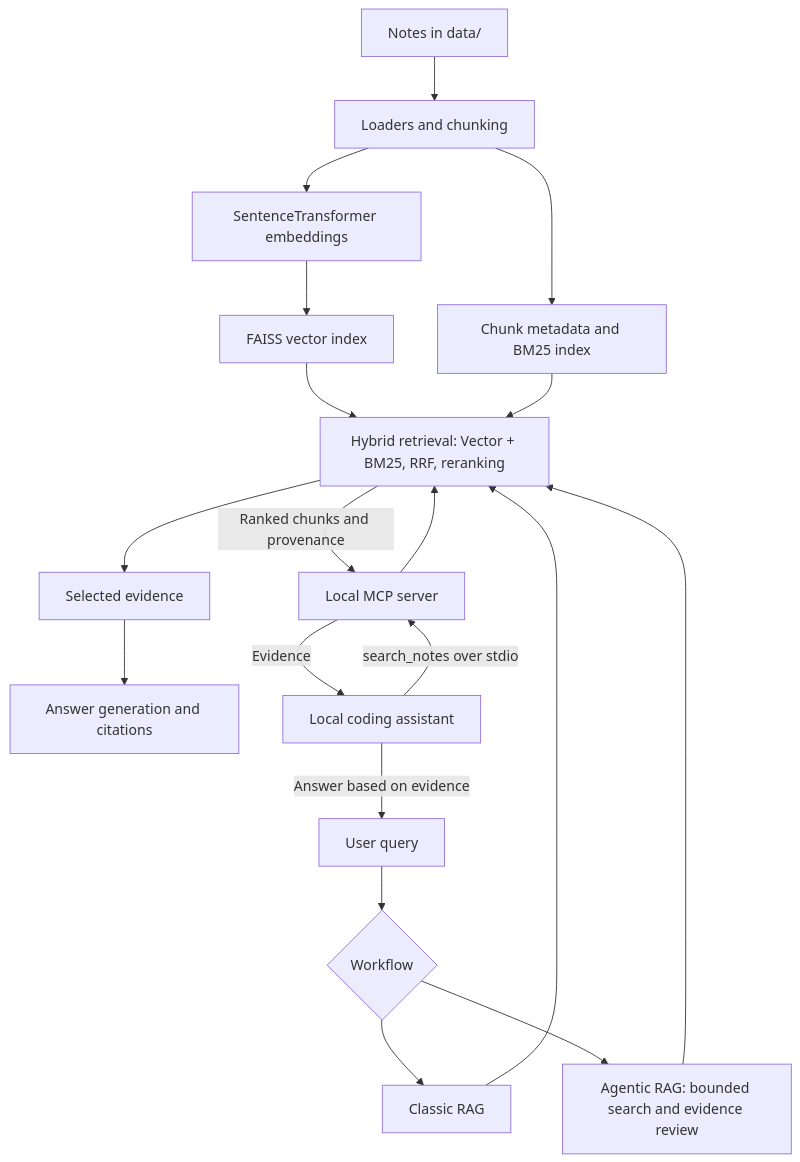
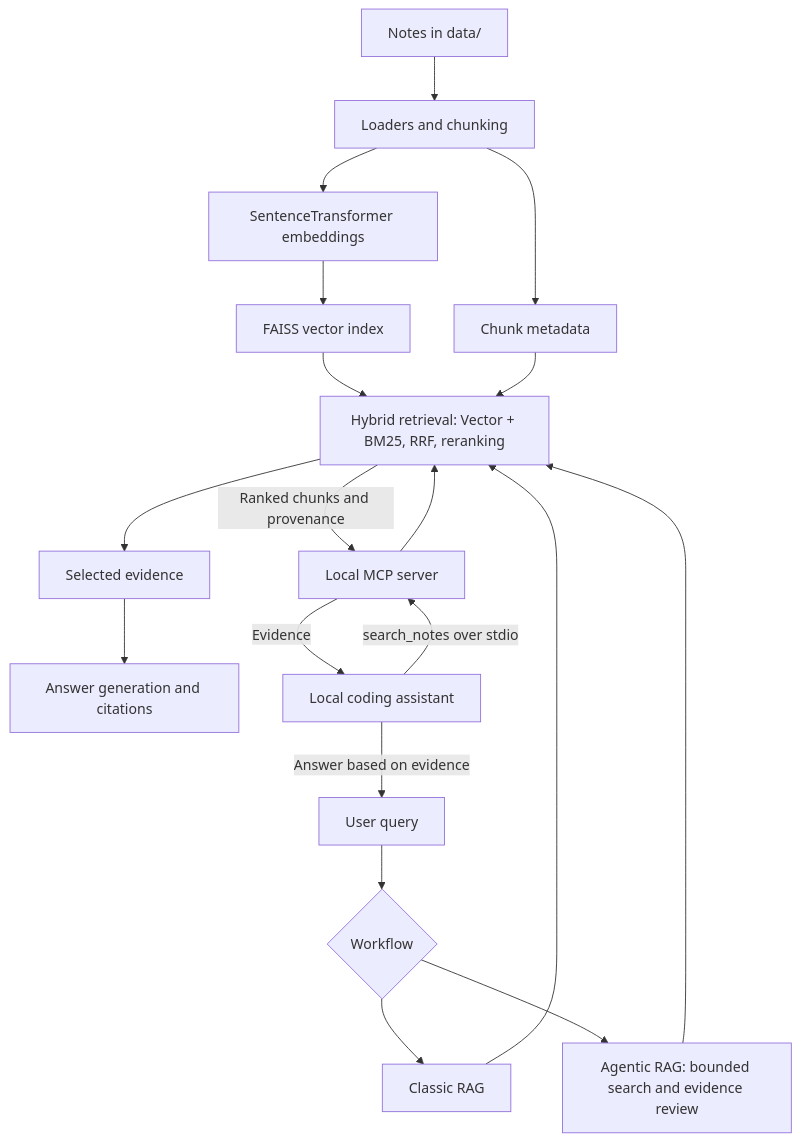
The diagram in README.md (StevenHuang41/RAG-based_notes_helper), drawn with Mermaid before and after one commit. The commit also changed other lines of this file, not shown here.

Commit message:
docs(mcp): correct workflow and verification status

````diff
--- a/README.md
+++ b/README.md
@@ -103,21 +103,21 @@
 ```mermaid
 flowchart TD
     notes["Notes in data/"] --> load["Loaders and chunking"]
     load --> embed["SentenceTransformer embeddings"]
     embed --> vector["FAISS vector index"]
-    load --> metadata["Chunk metadata and BM25 index"]
+    load --> metadata["Chunk metadata"]
     vector --> hybrid["Hybrid retrieval: Vector + BM25, RRF, reranking"]
     metadata --> hybrid
     user["User query"] --> choose{"Workflow"}
     choose --> classic["Classic RAG"]
     choose --> agentic["Agentic RAG: bounded search and evidence review"]
     classic --> hybrid
     agentic --> hybrid
     hybrid --> context["Selected evidence"]
     context --> answer["Answer generation and citations"]
     assistant["Local coding assistant"] -->|"search_notes over stdio"| mcp["Local MCP server"]
     mcp --> hybrid
     hybrid -->|"Ranked chunks and provenance"| mcp
     mcp -->|"Evidence"| assistant
     assistant -->|"Answer based on evidence"| user
 ```
````
